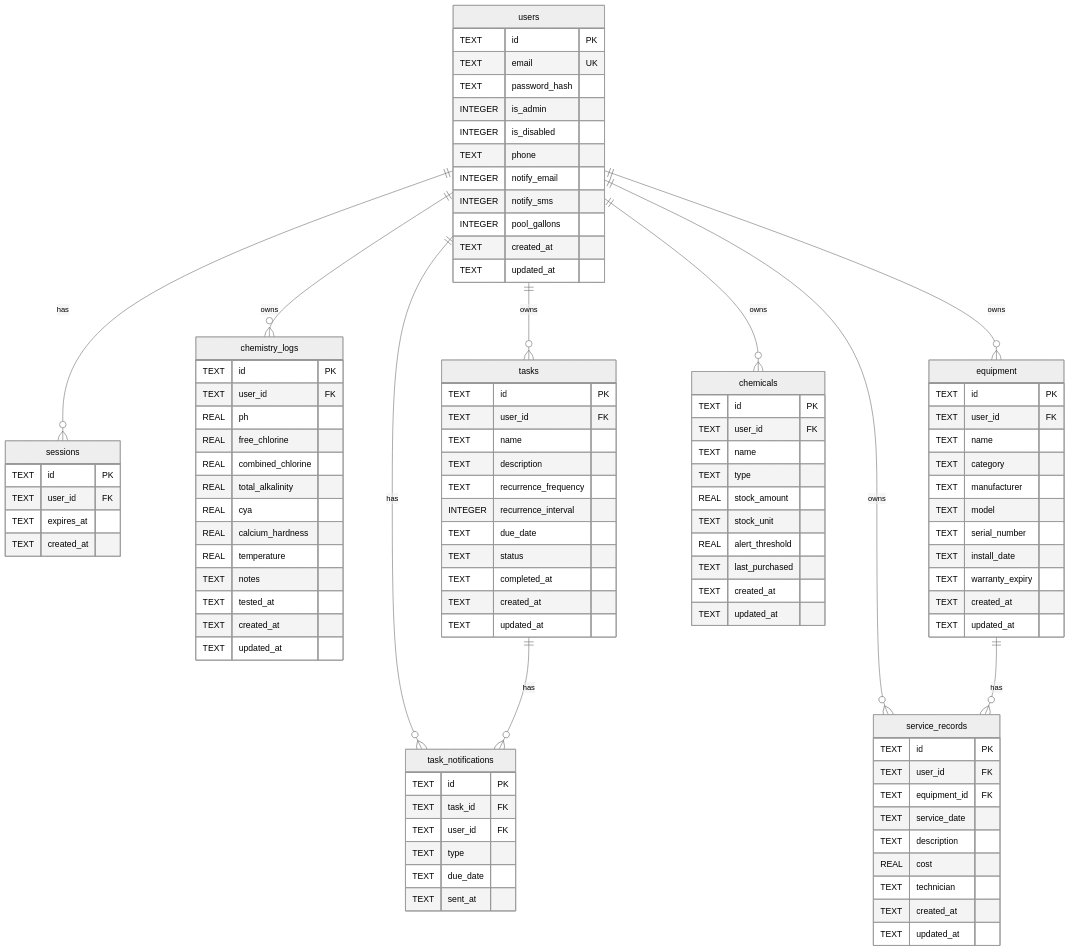
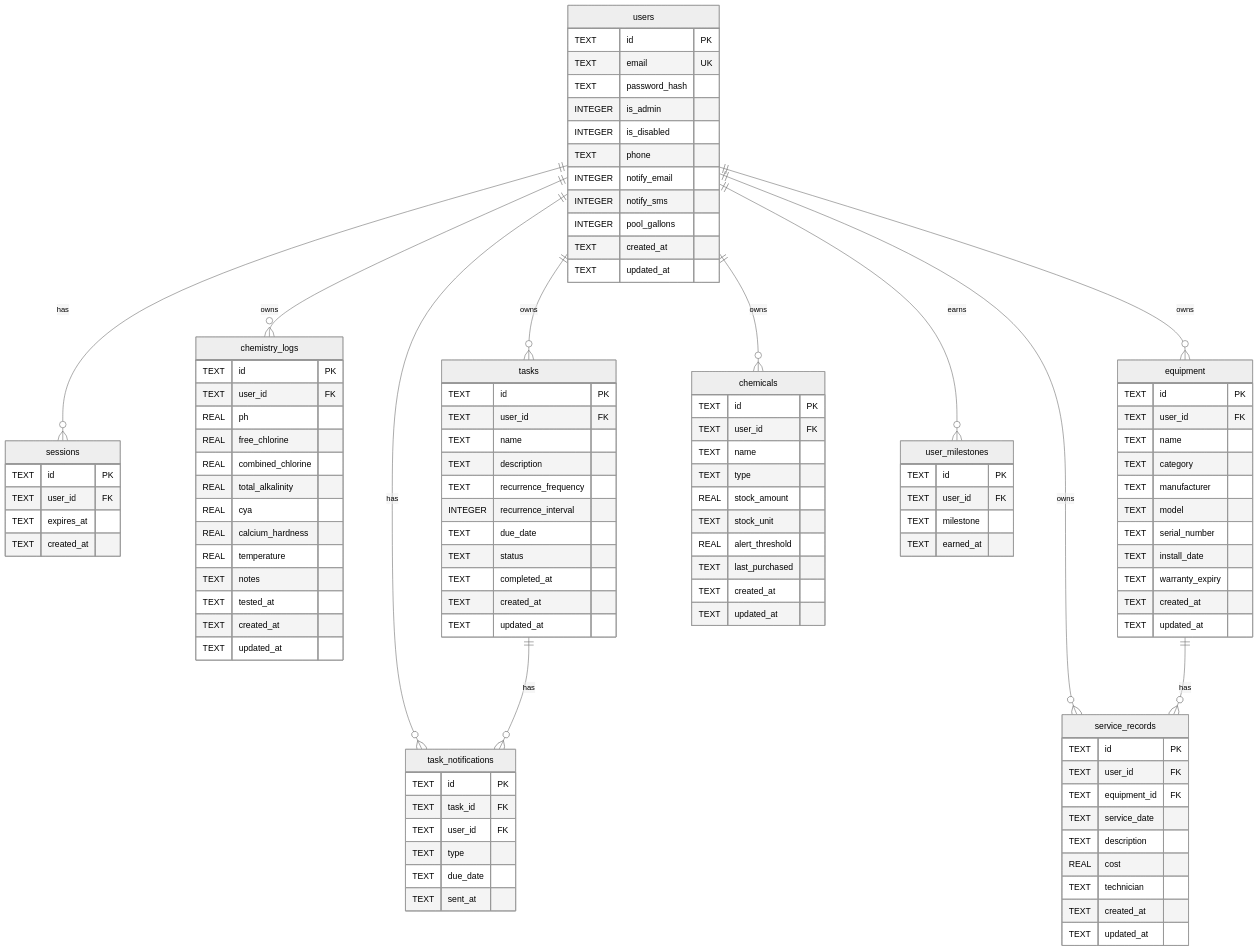
One commit to joshthewhite/poolvibes changed the diagram in docs/architecture.md. Above: the diagram before and after it, drawn with Mermaid (neutral theme). The commit also changed other lines of this file and 3 other files, not shown here.

````diff
--- a/docs/architecture.md
+++ b/docs/architecture.md
@@ -184,6 +184,13 @@
         TEXT sent_at
     }
 
+    user_milestones {
+        TEXT id PK
+        TEXT user_id FK
+        TEXT milestone
+        TEXT earned_at
+    }
+
     users ||--o{ sessions : "has"
     users ||--o{ task_notifications : "has"
     tasks ||--o{ task_notifications : "has"
@@ -192,5 +199,6 @@
     users ||--o{ equipment : "owns"
     users ||--o{ service_records : "owns"
     users ||--o{ chemicals : "owns"
+    users ||--o{ user_milestones : "earns"
     equipment ||--o{ service_records : "has"
 ```
````
